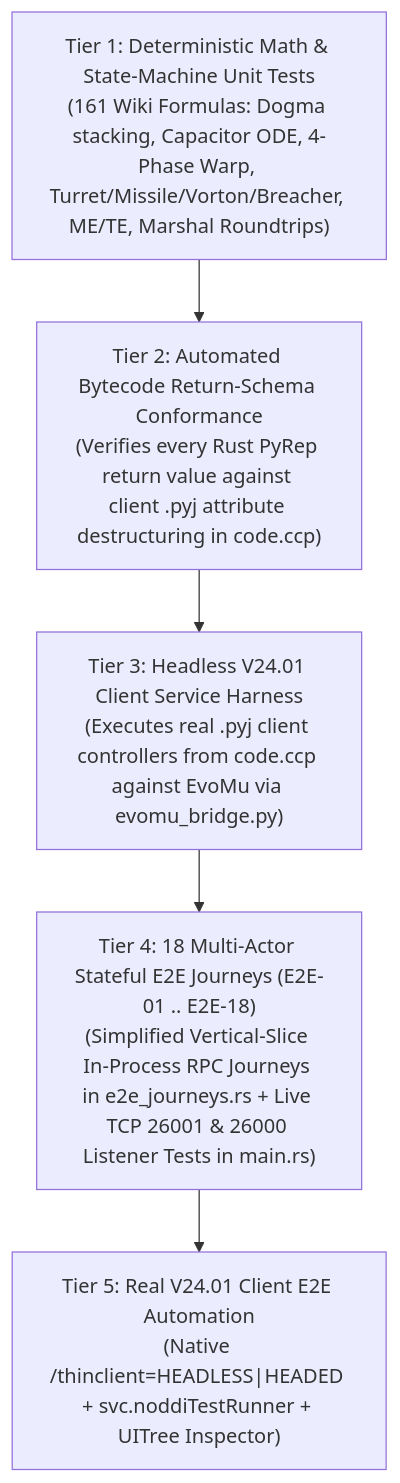
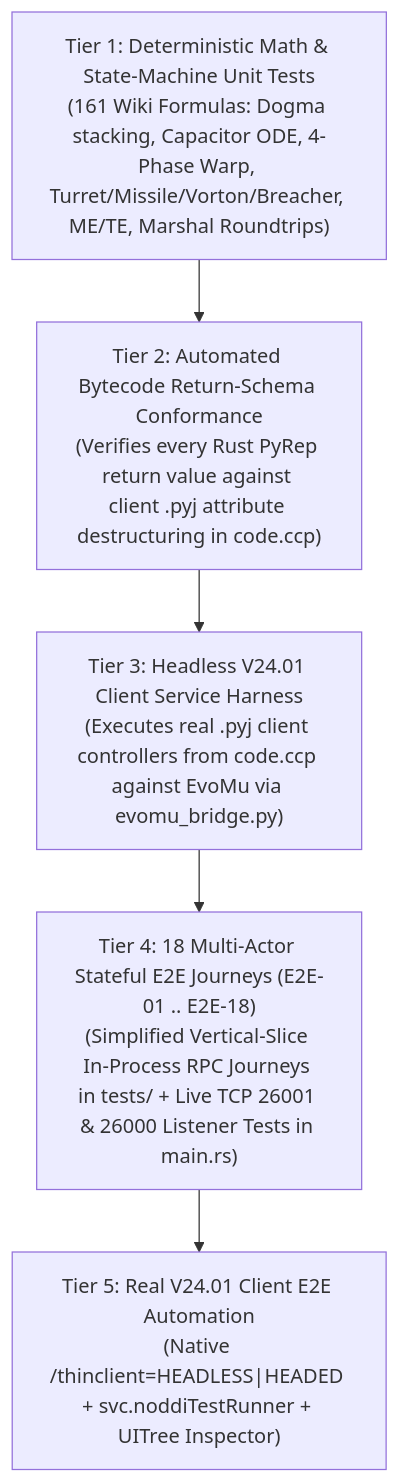
Before and after one commit to saverchenkov/EvoMu: the third of 3 diagrams in README.md, drawn with Mermaid. The commit also changed other lines of this file and 14 other files, not shown here.

````diff
--- a/README.md
+++ b/README.md
@@ -178,10 +177,10 @@
 ```mermaid
 flowchart TB
     T5["Tier 5: Real V24.01 Client E2E Automation<br/>(Native /thinclient=HEADLESS|HEADED + svc.noddiTestRunner + UITree Inspector)"]
-    T4["Tier 4: 18 Multi-Actor Stateful E2E Journeys (E2E-01 .. E2E-18)<br/>(Simplified Vertical-Slice In-Process RPC Journeys in e2e_journeys.rs + Live TCP 26001 & 26000 Listener Tests in main.rs)"]
+    T4["Tier 4: 18 Multi-Actor Stateful E2E Journeys (E2E-01 .. E2E-18)<br/>(Simplified Vertical-Slice In-Process RPC Journeys in tests/ + Live TCP 26001 & 26000 Listener Tests in main.rs)"]
     T3["Tier 3: Headless V24.01 Client Service Harness<br/>(Executes real .pyj client controllers from code.ccp against EvoMu via evomu_bridge.py)"]
     T2["Tier 2: Automated Bytecode Return-Schema Conformance<br/>(Verifies every Rust PyRep return value against client .pyj attribute destructuring in code.ccp)"]
     T1["Tier 1: Deterministic Math & State-Machine Unit Tests<br/>(161 Wiki Formulas: Dogma stacking, Capacitor ODE, 4-Phase Warp, Turret/Missile/Vorton/Breacher, ME/TE, Marshal Roundtrips)"]
 
     T1 --> T2 --> T3 --> T4 --> T5
 ```
````
